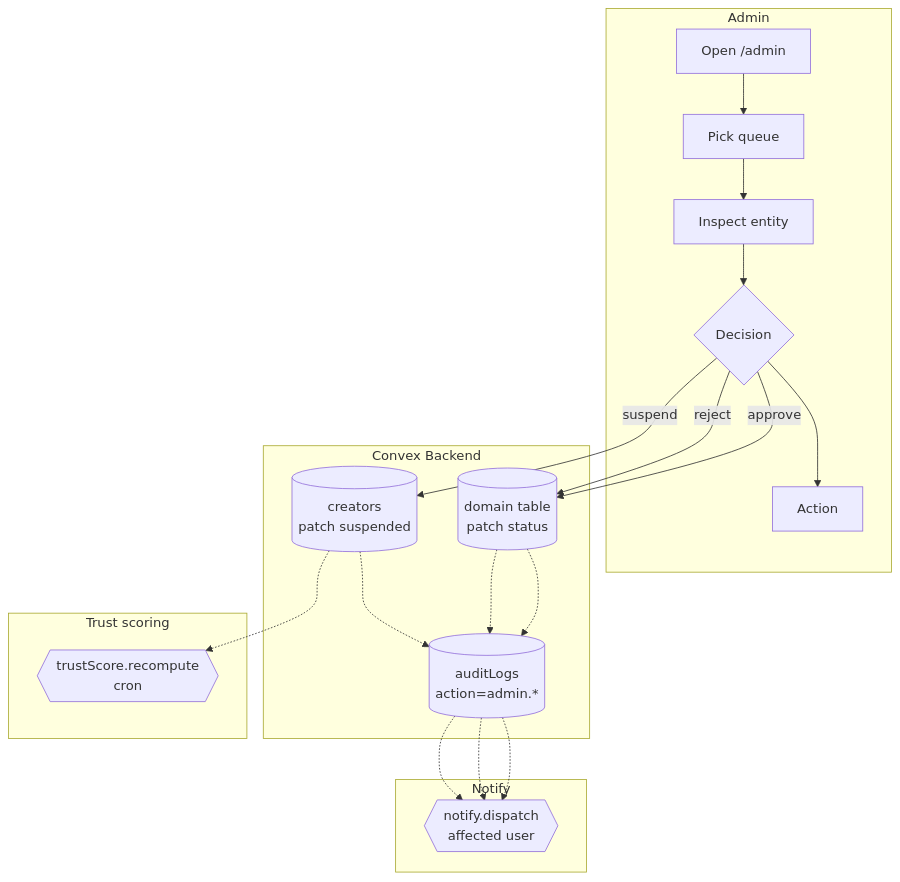
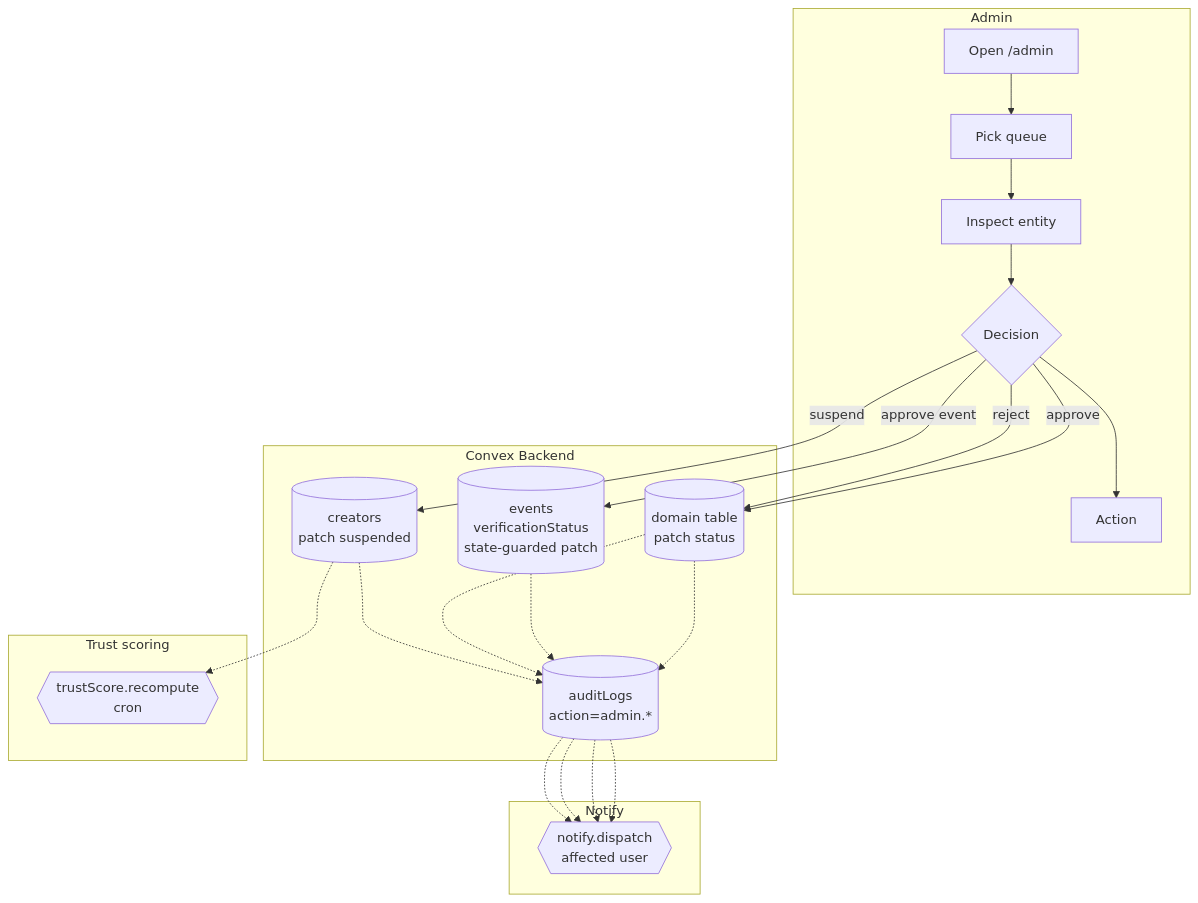
The diagram in docs/bpmn/BPMN-010-moderation.md (xalatechnologies/DigiPicks-v2), drawn with Mermaid before and after one commit. The commit also changed other lines of this file and 33 other files, not shown here.

````diff
--- a/docs/bpmn/BPMN-010-moderation.md
+++ b/docs/bpmn/BPMN-010-moderation.md
@@ -30,28 +32,30 @@
 ```mermaid
 flowchart TD
   subgraph A[Admin]
     a1[Open /admin]
     a2[Pick queue]
     a3[Inspect entity]
     a4{Decision}
     a5[Action]
   end
   subgraph K[Convex Backend]
     k1[(domain table<br/>patch status)]
     k2[(creators<br/>patch suspended)]
     k3[(auditLogs<br/>action=admin.*)]
+    k4[(events<br/>verificationStatus<br/>state-guarded patch)]
   end
   subgraph N[Notify]
     n1{{notify.dispatch<br/>affected user}}
   end
   subgraph T[Trust scoring]
     t1{{trustScore.recompute<br/>cron}}
   end
 
   a1 --> a2 --> a3 --> a4
   a4 -->|approve| k1 -.-> k3 -.-> n1
+  a4 -->|approve event| k4 -.-> k3 -.-> n1
   a4 -->|reject| k1 -.-> k3 -.-> n1
   a4 -->|suspend| k2 -.-> k3 -.-> n1
   k2 -.-> t1
   a4 --> a5
 ```
````
